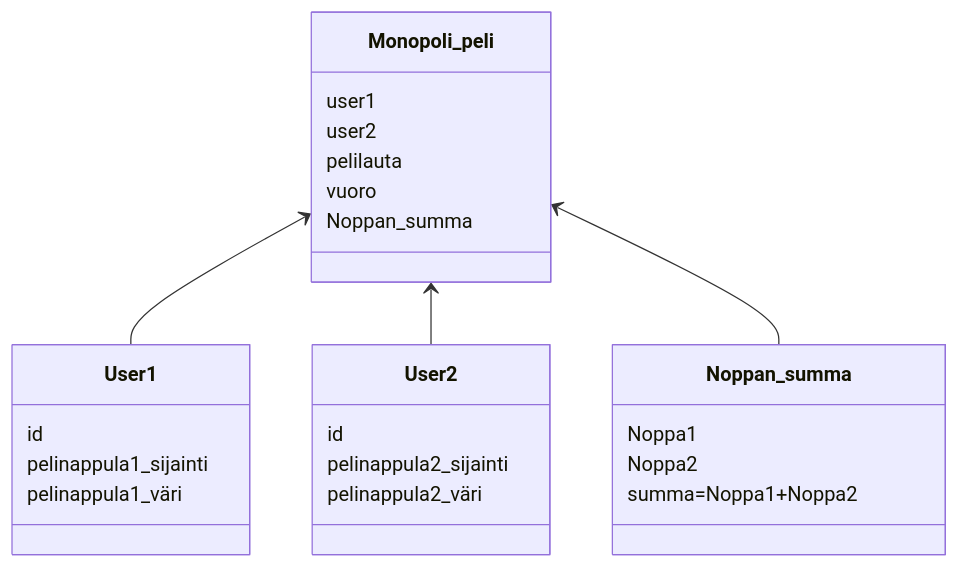
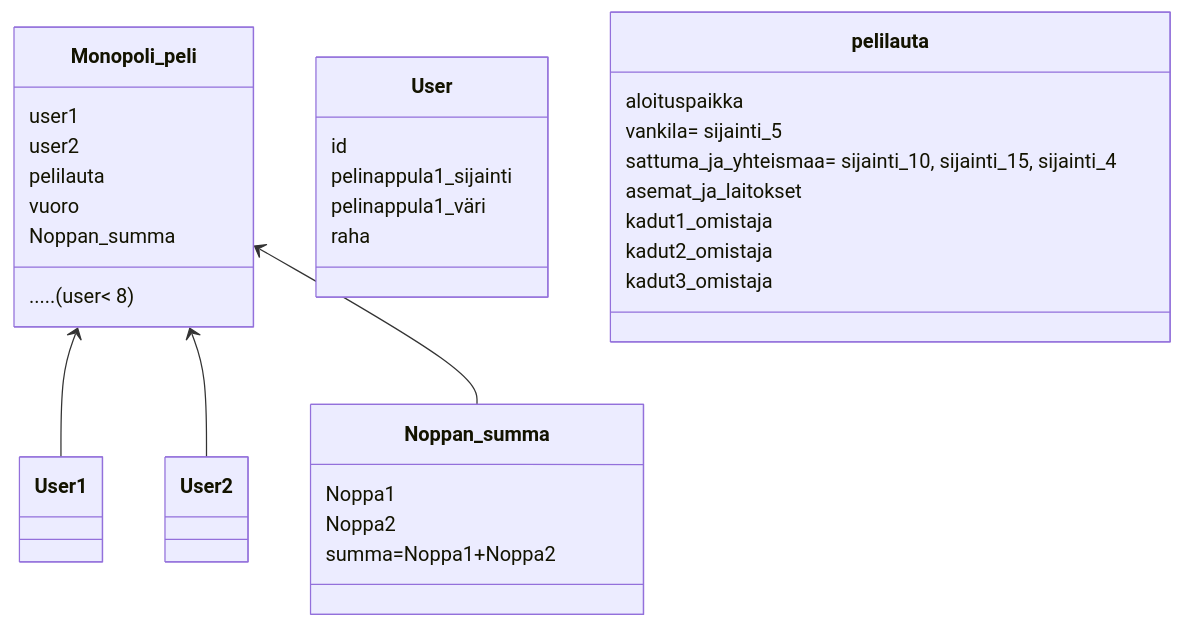
The diagram in laskarit/viikko3/monopoli.md (ds20220914/ohjelmistotekniikka), drawn with Mermaid before and after one commit.

Commit message:
monopoli kaavio

````diff
--- a/laskarit/viikko3/monopoli.md
+++ b/laskarit/viikko3/monopoli.md
@@ -1,30 +1,36 @@
 ```mermaid
  classDiagram
       Monopoli_peli <-- User1
       Monopoli_peli <-- User2
       Monopoli_peli  <-- Noppan_summa
       class Monopoli_peli{
           user1
           user2
+          .....(user< 8)
           pelilauta
           vuoro
           Noppan_summa
       }
-      class User1{
+      class User{
           id
           pelinappula1_sijainti
           pelinappula1_väri
-	  
+	  raha
       }
-      class User2{
-          id
-          pelinappula2_sijainti
-          pelinappula2_väri
+      class pelilauta{
+          aloituspaikka
+          vankila= sijainti_5
+          sattuma_ja_yhteismaa= sijainti_10, sijainti_15, sijainti_4
+          asemat_ja_laitokset
+          kadut1_omistaja
+          kadut2_omistaja
+          kadut3_omistaja
+          
      }
       class Noppan_summa{
           Noppa1
           Noppa2
           summa=Noppa1+Noppa2       
       }
 
 ```
````
